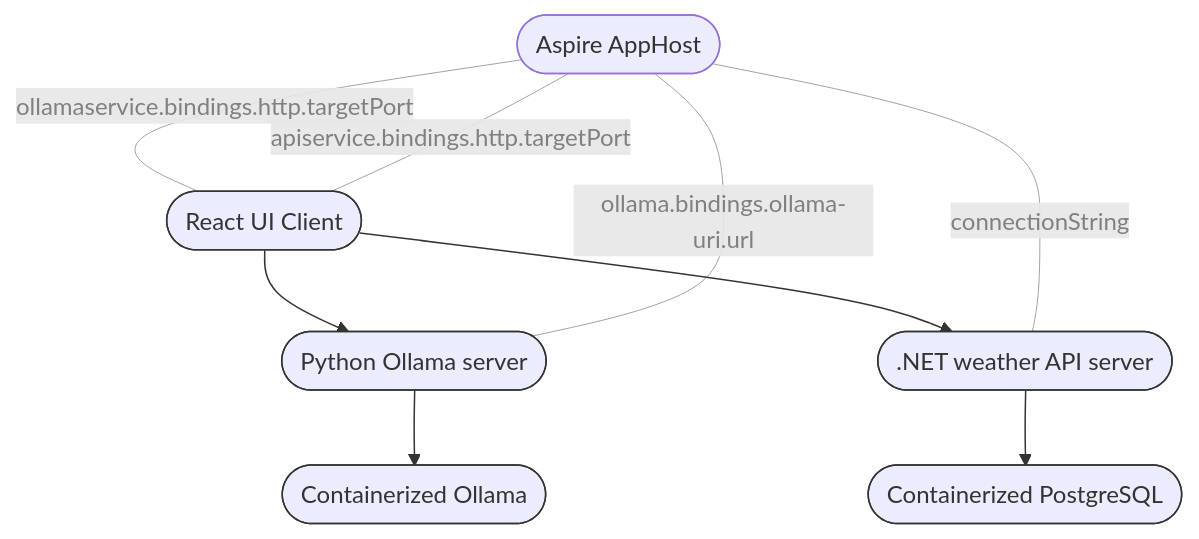
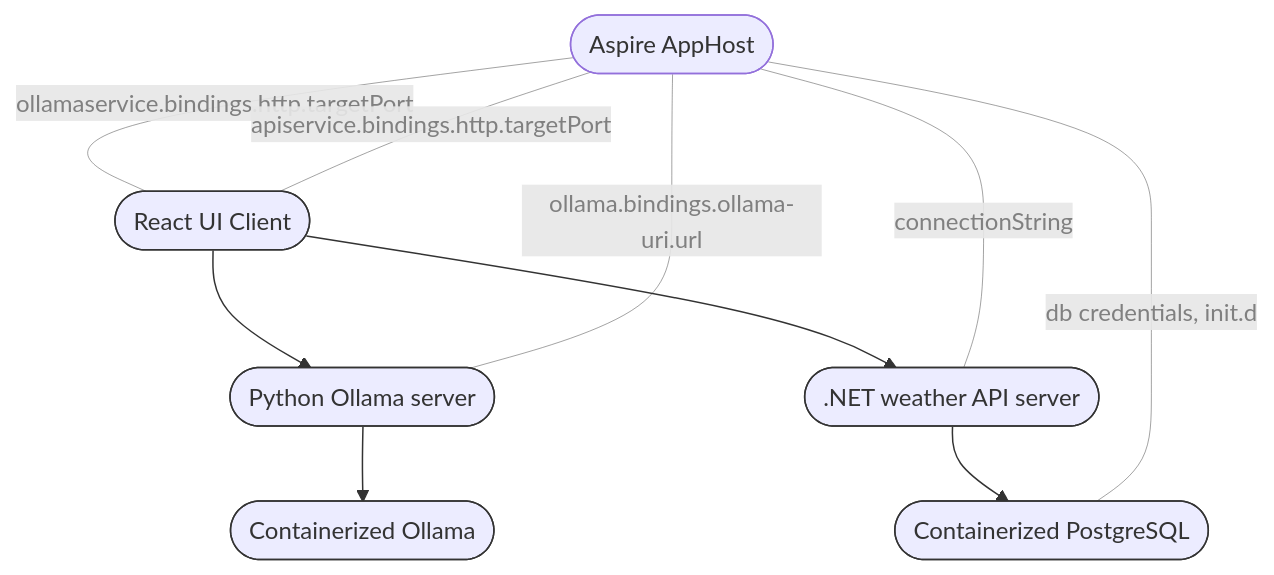
Before and after one commit to CynicDog/Aspiring-Ollama: the diagram in README.md, drawn with Mermaid.

````diff
--- a/README.md
+++ b/README.md
@@ -4,17 +4,18 @@
 ``` mermaid
 flowchart TD
     
     A([React UI Client]) --> B([Python Ollama server])
     B --> E([Containerized Ollama])
     A --> C([.NET weather API server])
     C --> D([Containerized PostgreSQL])
     F([Aspire AppHost]) --- |ollamaservice.bindings.http.targetPort| A
     F --- |apiservice.bindings.http.targetPort| A
     F --- |connectionString| C
     F --- |ollama.bindings.ollama-uri.url| B
+    F --- |db credentials, init.d| D
      
     classDef container stroke:#333,stroke-width:1px;
     class A,B,C,D,E container;
 
-    linkStyle 4,5,6,7 stroke-width:.3px,color:grey;
+    linkStyle 4,5,6,7,8 stroke-width:.3px,color:grey;
 ```
````
